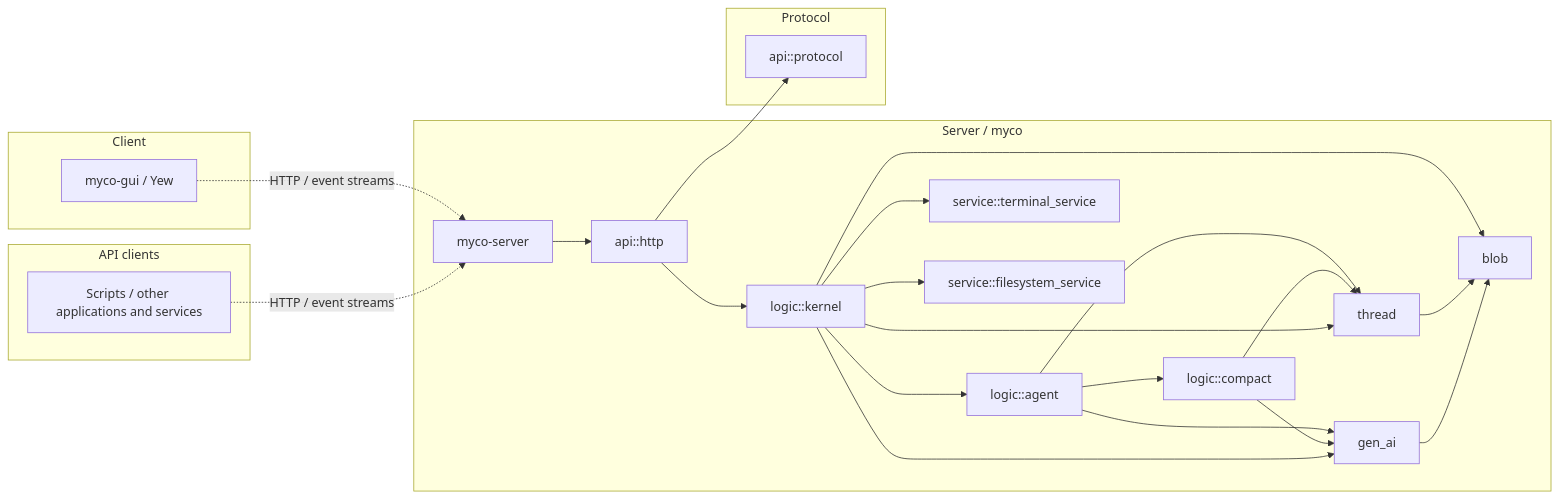
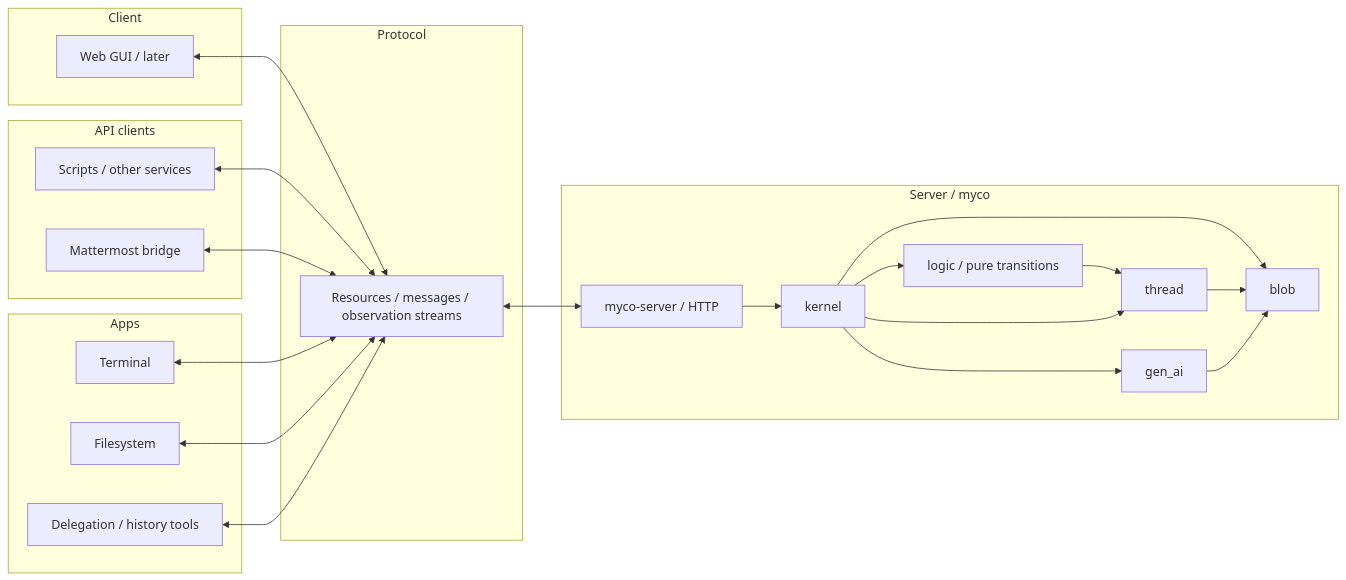
Before and after one commit to tsnl/myco: the diagram in DESIGN.md, drawn with Mermaid. The commit also changed other lines of this file and 2 other files, not shown here.

Commit message:
Document extensible server and pure workflow logic

````diff
--- a/DESIGN.md
+++ b/DESIGN.md
@@ -30,34 +32,35 @@
 ```mermaid
 flowchart LR
     subgraph Server["Server / myco"]
-        server[myco-server] --> http[api::http]
-        http --> kernel[logic::kernel]
-        kernel --> agent[logic::agent]
-        agent --> compact[logic::compact]
-        agent --> thread
-        agent --> gen_ai
-        compact --> thread
-        compact --> gen_ai
+        server[myco-server / HTTP] --> kernel
+        kernel --> logic["logic / pure transitions"]
+        logic --> thread
         kernel --> thread
         kernel --> gen_ai
         kernel --> blob
-        thread[thread]
-        gen_ai[gen_ai]
-        thread --> blob[blob]
+        thread --> blob
         gen_ai --> blob
-        kernel --> terminal[service::terminal_service]
-        kernel --> filesystem[service::filesystem_service]
     end
     subgraph Protocol
-        protocol[api::protocol]
+        api["Resources / messages / observation streams"]
     end
     subgraph Client
-        gui[myco-gui / Yew]
+        gui["Web GUI / later"]
     end
-    subgraph Integrations[API clients]
-        scripts["Scripts / other applications and services"]
+    subgraph Integrations["API clients"]
+        scripts["Scripts / other services"]
+        mattermost["Mattermost bridge"]
     end
-    http --> protocol
-    gui -. HTTP / event streams .-> server
-    scripts -. HTTP / event streams .-> server
+    subgraph Apps
+        terminal[Terminal]
+        filesystem[Filesystem]
+        delegation["Delegation / history tools"]
+    end
+    gui <--> api
+    scripts <--> api
+    mattermost <--> api
+    terminal <--> api
+    filesystem <--> api
+    delegation <--> api
+    api <--> server
 ```
````
